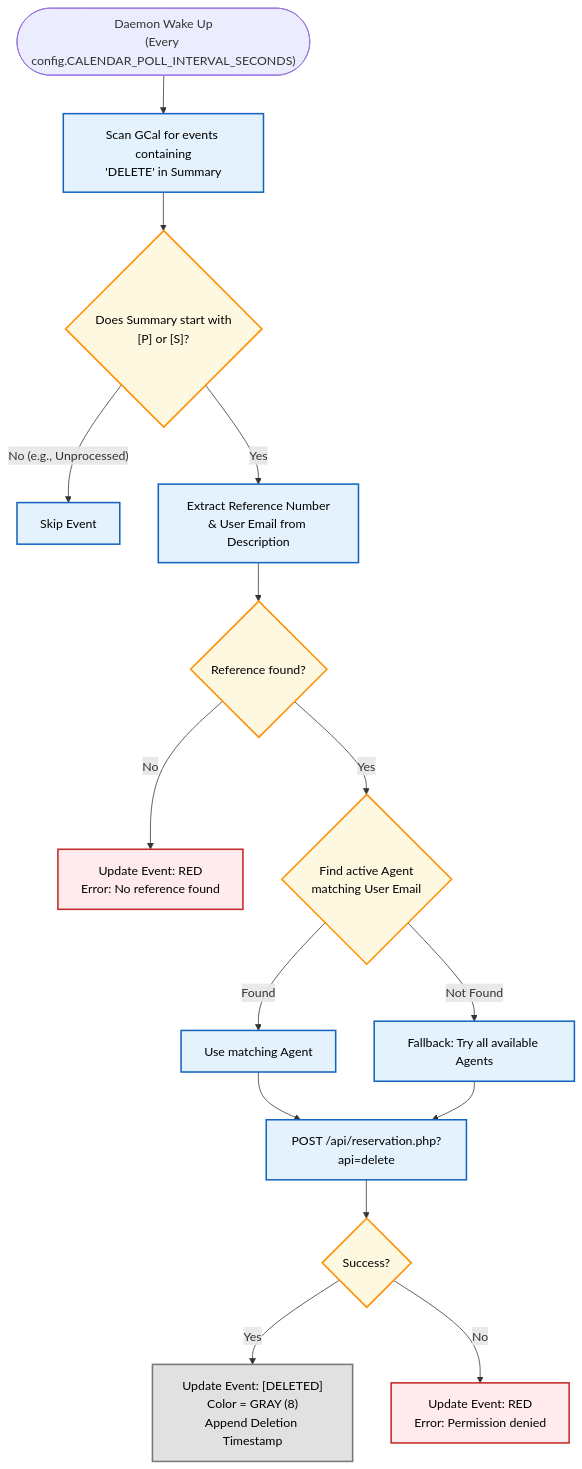
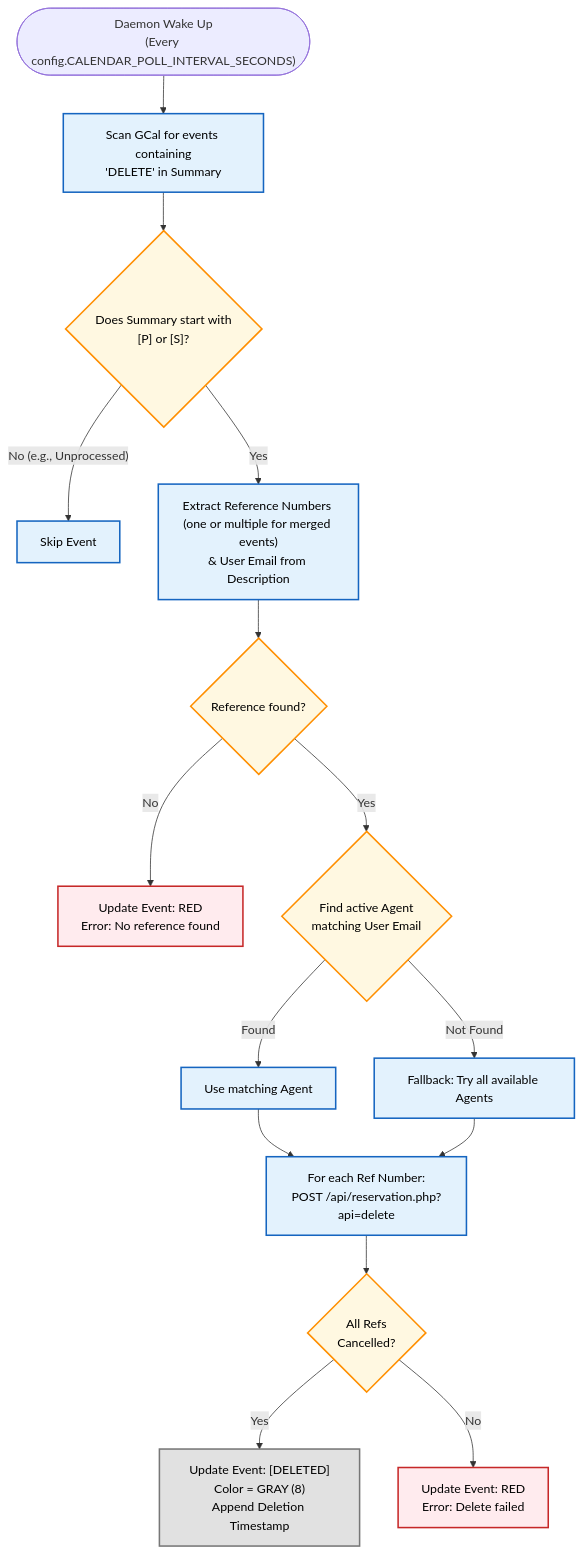
Before and after one commit to duck-5/BookingAgent: the third of 3 diagrams in docs/diagrams.md, drawn with Mermaid. The commit also changed other lines of this file and 19 other files, not shown here.

````diff
--- a/docs/diagrams.md
+++ b/docs/diagrams.md
@@ -118,30 +97,30 @@
 ```mermaid
 flowchart TD
     %% --- STYLING ---
     classDef process fill:#E3F2FD,stroke:#1565C0,stroke-width:2px,color:#000;
     classDef decision fill:#FFF8E1,stroke:#FF8F00,stroke-width:2px,color:#000;
     classDef fail fill:#FFEBEE,stroke:#C62828,stroke-width:2px,color:#000;
     classDef del fill:#e1e1e1,stroke:#777,stroke-width:2px,color:#000;
 
     Start(["Daemon Wake Up<br>(Every config.CALENDAR_POLL_INTERVAL_SECONDS)"]) --> GetEvents["Scan GCal for events containing<br>'DELETE' in Summary"]:::process
     
     GetEvents --> Valid{"Does Summary start with<br>[P] or [S]?"}:::decision
     Valid -- "No (e.g., Unprocessed)" --> Skip[Skip Event]:::process
-    Valid -- Yes --> GetRef["Extract Reference Number<br>& User Email from Description"]:::process
+    Valid -- Yes --> GetRef["Extract Reference Numbers (one or multiple for merged events)<br>& User Email from Description"]:::process
     
     GetRef --> HasRef{"Reference found?"}:::decision
     HasRef -- No --> ErrorEvent["Update Event: RED<br>Error: No reference found"]:::fail
     
     HasRef -- Yes --> FindAgent{"Find active Agent<br>matching User Email"}:::decision
     
     FindAgent -- "Found" --> Attempt[Use matching Agent]:::process
     FindAgent -- "Not Found" --> LoopAll[Fallback: Try all available Agents]:::process
     
-    Attempt --> CallDel["POST /api/reservation.php?api=delete"]:::process
+    Attempt --> CallDel["For each Ref Number:<br>POST /api/reservation.php?api=delete"]:::process
     LoopAll --> CallDel
     
-    CallDel --> Result{"Success?"}:::decision
+    CallDel --> Result{"All Refs<br>Cancelled?"}:::decision
     
     Result -- Yes --> ConfirmDel["Update Event: [DELETED]<br>Color = GRAY (8)<br>Append Deletion Timestamp"]:::del
-    Result -- No --> ErrorEvent2["Update Event: RED<br>Error: Permission denied"]:::fail
+    Result -- No --> ErrorEvent2["Update Event: RED<br>Error: Delete failed"]:::fail
 ```
````
